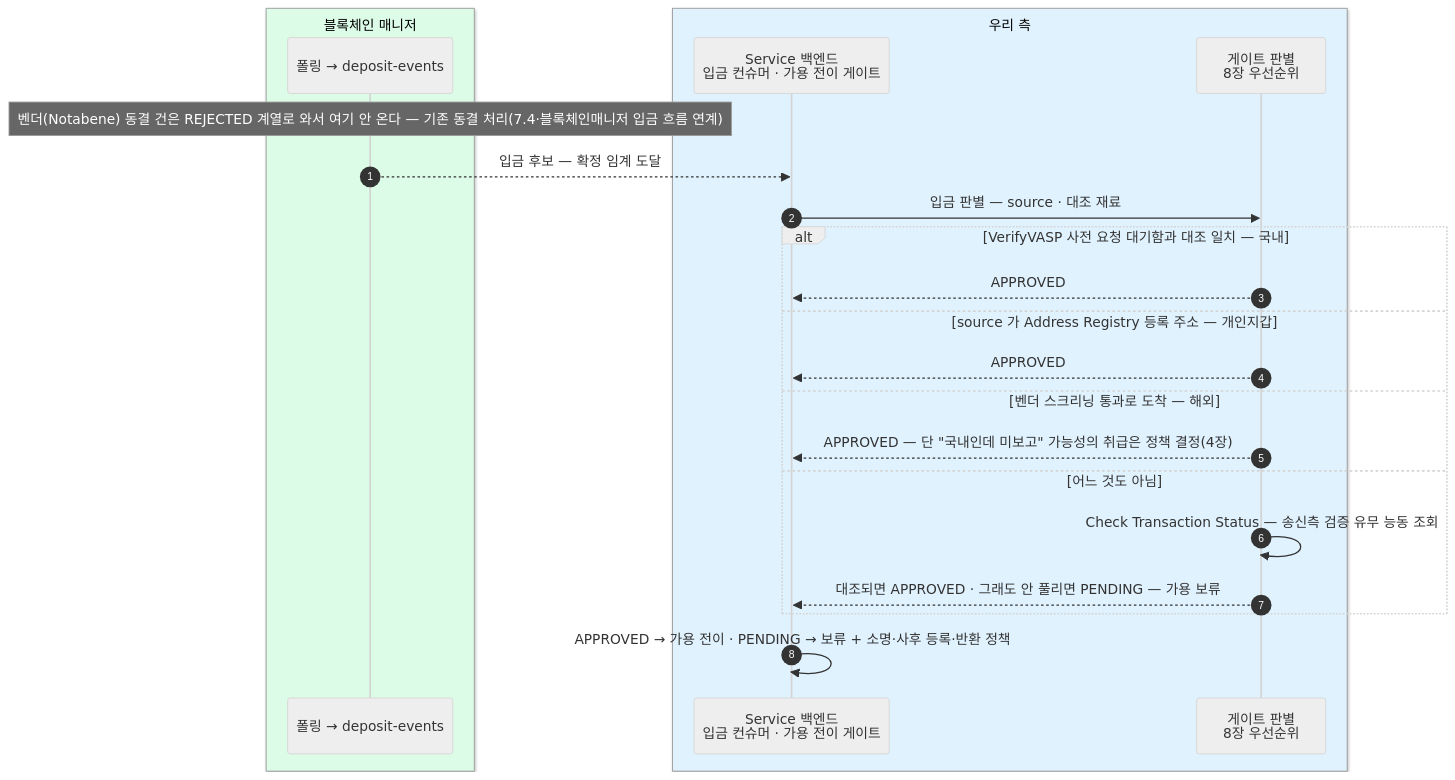
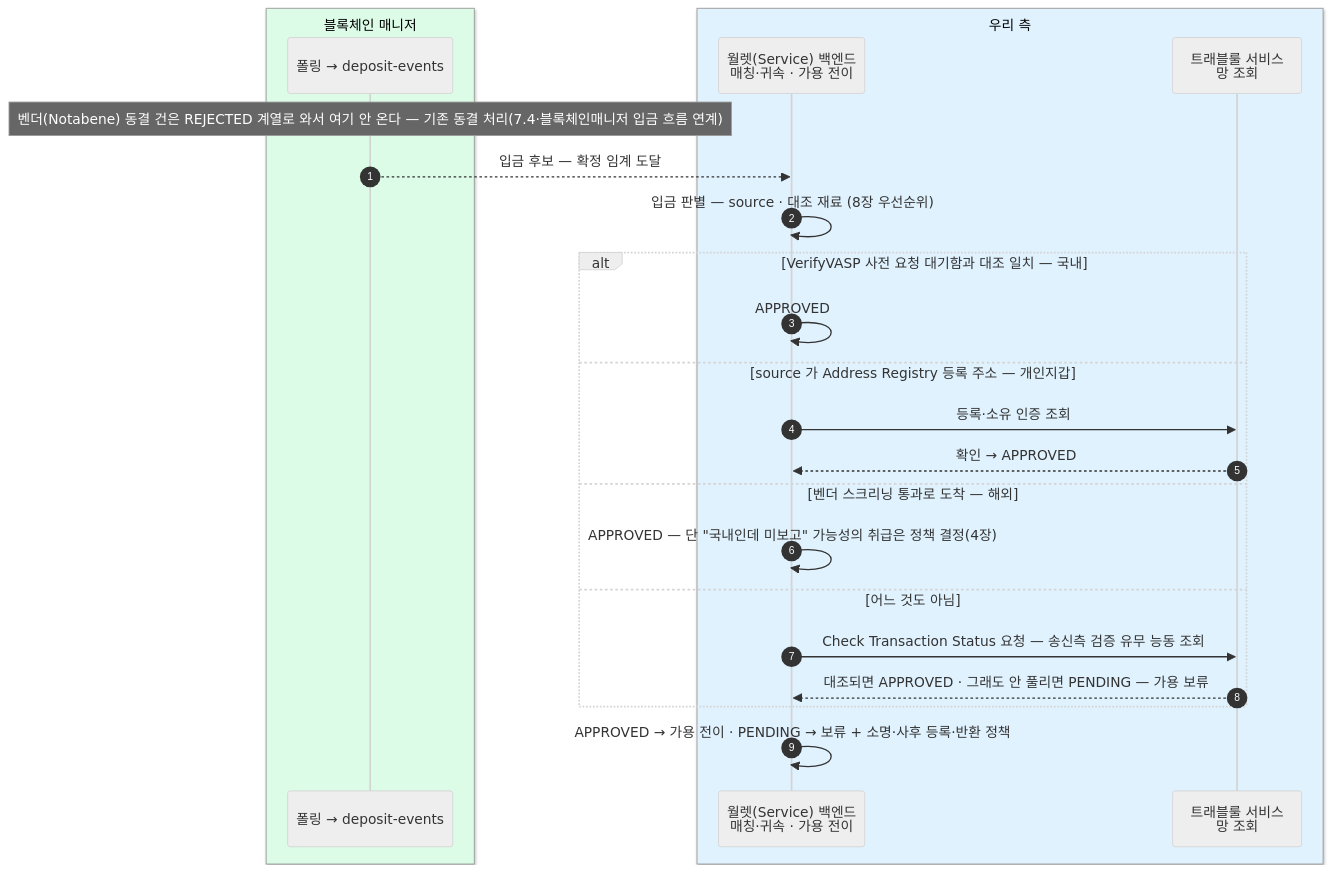
Before and after one commit to eunsujeo/eunpus: the fifth of 11 diagrams in blockchain-manager/docs/트래블룰/설계/07-scenarios.md, drawn with Mermaid (neutral theme). The commit also changed other lines of this file and 36 other files, not shown here.

````diff
--- a/blockchain-manager/docs/트래블룰/설계/07-scenarios.md
+++ b/blockchain-manager/docs/트래블룰/설계/07-scenarios.md
@@ -217,26 +223,27 @@
 ```mermaid
 sequenceDiagram
     autonumber
     box rgb(220,252,231) 블록체인 매니저
     participant BM as 폴링 → deposit-events
     end
     box rgb(224,242,254) 우리 측
-    participant BE as Service 백엔드<br/>입금 컨슈머 · 가용 전이 게이트
-    participant GT as 게이트 판별<br/>8장 우선순위
+    participant BE as 월렛(Service) 백엔드<br/>매칭·귀속 · 가용 전이
+    participant GT as 트래블룰 서비스<br/>망 조회
     end
 
     Note over BM: 벤더(Notabene) 동결 건은 REJECTED 계열로 와서 여기 안 온다 — 기존 동결 처리(7.4·블록체인매니저 입금 흐름 연계)
     BM-->>BE: 입금 후보 — 확정 임계 도달
-    BE->>GT: 입금 판별 — source · 대조 재료
+    BE->>BE: 입금 판별 — source · 대조 재료 (8장 우선순위)
     alt VerifyVASP 사전 요청 대기함과 대조 일치 — 국내
-        GT-->>BE: APPROVED
+        BE->>BE: APPROVED
     else source 가 Address Registry 등록 주소 — 개인지갑
-        GT-->>BE: APPROVED
+        BE->>GT: 등록·소유 인증 조회
+        GT-->>BE: 확인 → APPROVED
     else 벤더 스크리닝 통과로 도착 — 해외
-        GT-->>BE: APPROVED — 단 "국내인데 미보고" 가능성의 취급은 정책 결정(4장)
+        BE->>BE: APPROVED — 단 "국내인데 미보고" 가능성의 취급은 정책 결정(4장)
     else 어느 것도 아님
-        GT->>GT: Check Transaction Status — 송신측 검증 유무 능동 조회
+        BE->>GT: Check Transaction Status 요청 — 송신측 검증 유무 능동 조회
         GT-->>BE: 대조되면 APPROVED · 그래도 안 풀리면 PENDING — 가용 보류
     end
     BE->>BE: APPROVED → 가용 전이 · PENDING → 보류 + 소명·사후 등록·반환 정책
 ```
````
